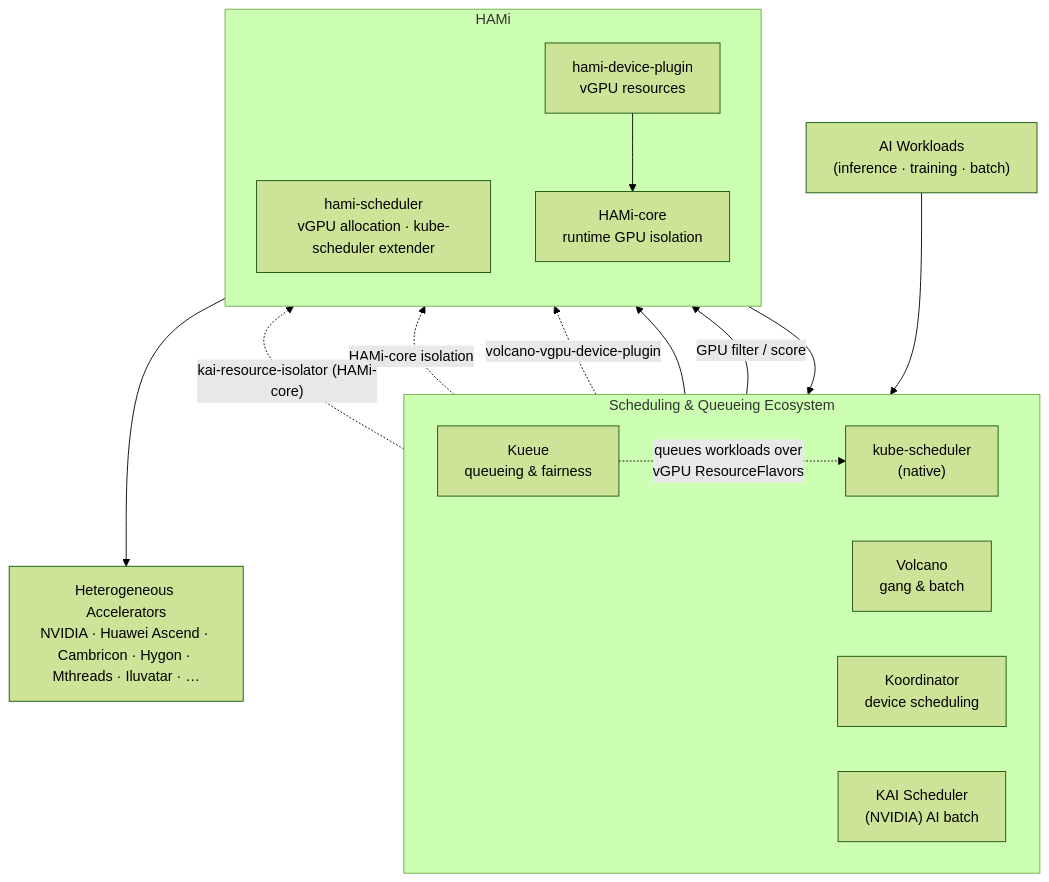
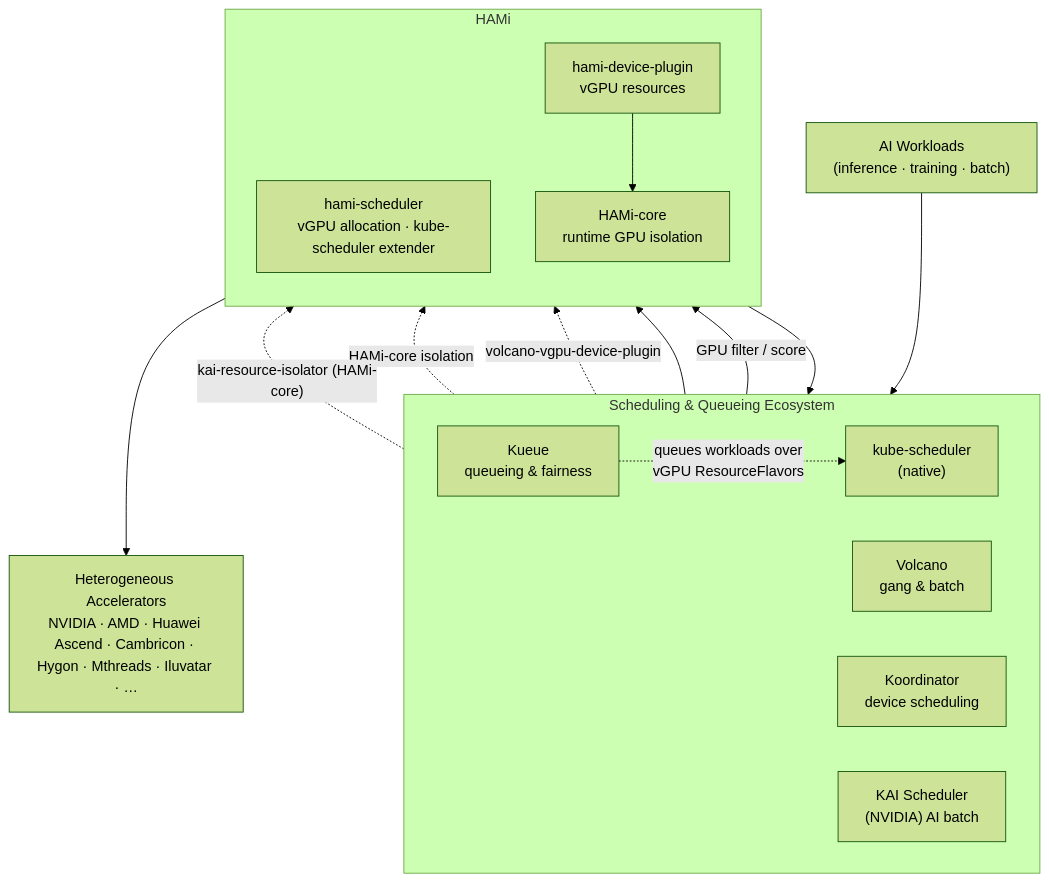
Before and after one commit to Project-HAMi/website: the diagram in docs/core-concepts/ecosystem-integrations.md, drawn with Mermaid (forest theme). The commit also changed 4 other files, not shown here.

````diff
--- a/docs/core-concepts/ecosystem-integrations.md
+++ b/docs/core-concepts/ecosystem-integrations.md
@@ -9,34 +9,34 @@
 ```mermaid
 %% title: HAMi Ecosystem Integrations
 flowchart TB
     WL["AI Workloads<br/>(inference · training · batch)"]
 
     subgraph Schedulers["Scheduling & Queueing Ecosystem"]
         direction LR
         KS["kube-scheduler<br/>(native)"]
         VOL["Volcano<br/>gang & batch"]
         KUE["Kueue<br/>queueing & fairness"]
         KOO["Koordinator<br/>device scheduling"]
         KAI["KAI Scheduler<br/>(NVIDIA) AI batch"]
     end
 
     subgraph HAMi["HAMi"]
         direction TB
         HSCHED["hami-scheduler<br/>vGPU allocation · kube-scheduler extender"]
         HDP["hami-device-plugin<br/>vGPU resources"]
         CORE["HAMi-core<br/>runtime GPU isolation"]
     end
 
-    HW["Heterogeneous Accelerators<br/>NVIDIA · Huawei Ascend · Cambricon · Hygon · Mthreads · Iluvatar · …"]
+    HW["Heterogeneous Accelerators<br/>NVIDIA · AMD · Huawei Ascend · Cambricon · Hygon · Mthreads · Iluvatar · …"]
 
     WL --> Schedulers
     KS -->|"GPU filter / score"| HSCHED
     HSCHED --> KS
     KS --> HDP
     HDP --> CORE
     VOL -.->|"volcano-vgpu-device-plugin"| CORE
     KOO -.->|"HAMi-core isolation"| CORE
     KAI -.->|"kai-resource-isolator (HAMi-core)"| CORE
     KUE -.->|"queues workloads over<br/>vGPU ResourceFlavors"| KS
     CORE --> HW
 ```
````
